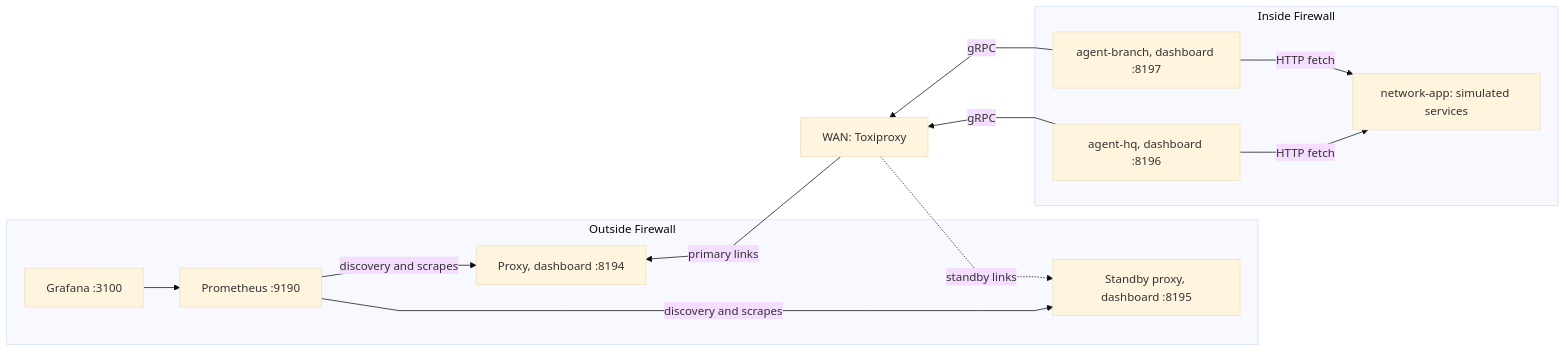
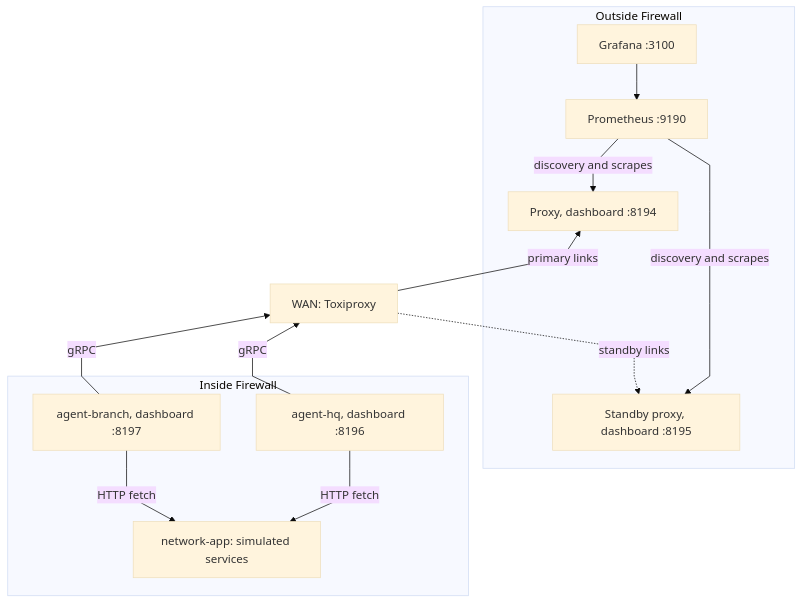
Before and after one commit to pambrose/prometheus-proxy: the diagram in website/prometheus-proxy/docs/network-demo.md, drawn with Mermaid (base theme). The commit also changed 18 other files, not shown here.

First line of the commit message:
Draw the docs' diagrams readable, set the reading measure, and serve the lightbox from the site (#535)

````diff
--- a/website/prometheus-proxy/docs/network-demo.md
+++ b/website/prometheus-proxy/docs/network-demo.md
@@ -17,32 +17,32 @@
 ``` mermaid
 %%{init: {'flowchart': {'curve': 'linear'}}}%%
-graph LR
+graph TB
   G[Grafana :3100] --> P[Prometheus :9190]
   P -->|discovery and scrapes| Proxy[Proxy, dashboard :8194]
   P -->|discovery and scrapes| Standby[Standby proxy, dashboard :8195]
   %% Each agent connects out, through the WAN, so its arrows point back. The invisible links keep the WAN and the
-  %% agents to the right of the proxies, as on the Basics Demo page.
+  %% agents below the proxies, as on the Basics Demo page.
   Proxy ~~~ WAN
   Standby ~~~ WAN
   WAN ~~~ HQ
   WAN ~~~ Branch
   WAN[WAN: Toxiproxy] -->|primary links| Proxy
   WAN -.->|standby links| Standby
   HQ[agent-hq, dashboard :8196] -->|gRPC| WAN
   Branch[agent-branch, dashboard :8197] -->|gRPC| WAN
   HQ -->|HTTP fetch| App[network-app: simulated services]
   Branch -->|HTTP fetch| App
 
   subgraph Outside Firewall
     G
     P
     Proxy
     Standby
   end
 
   subgraph Inside Firewall
     HQ
     Branch
     App
   end
 ```
````
